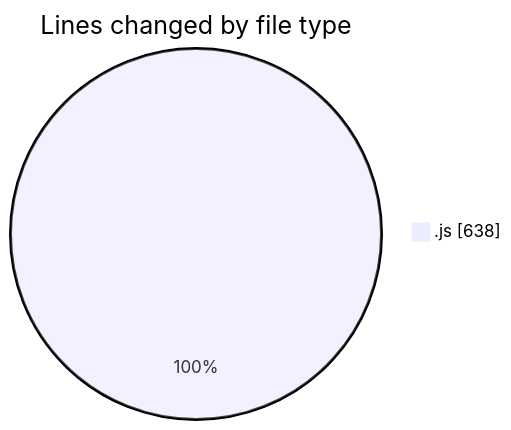
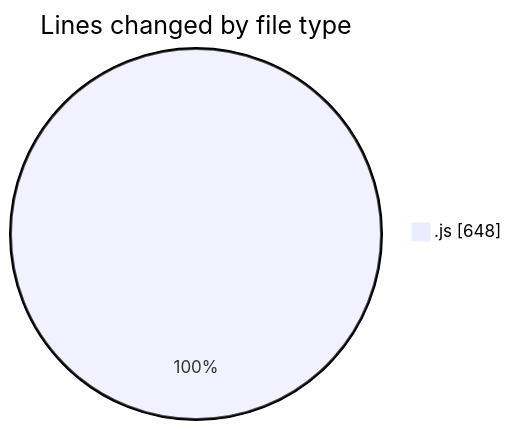
The first of 2 diagrams in 2025-07-22/javascript/README.md (Ritupan-Deka/code-tracking), drawn with Mermaid before and after one commit. The commit also changed other lines of this file and 1 other file, not shown here.

````diff
--- a/2025-07-22/javascript/README.md
+++ b/2025-07-22/javascript/README.md
@@ -22,5 +22,5 @@
 ```mermaid
 pie showData
 title Lines changed by file type
-".js" : 638
+".js" : 648
 ```
````
